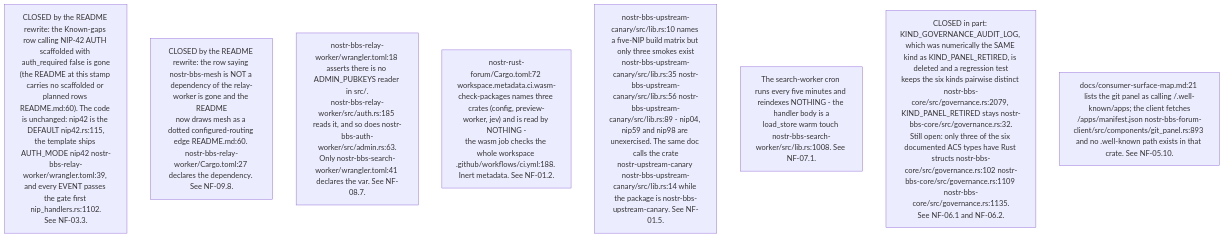
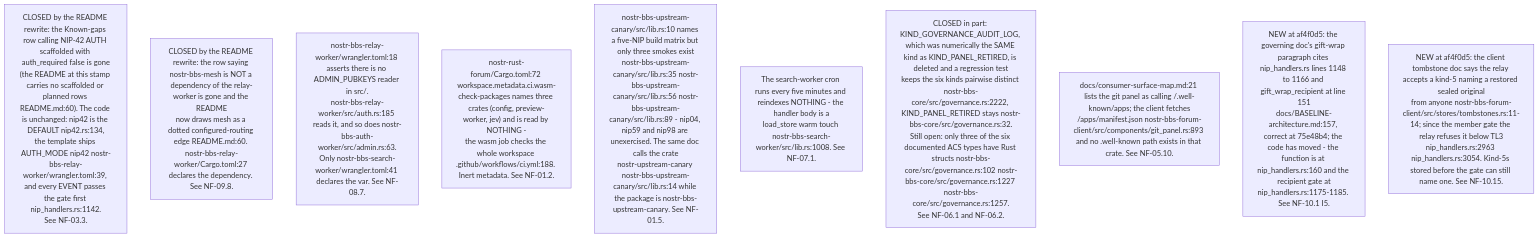
Before and after one commit to DreamLab-AI/VisionFlow: the fifth of 13 diagrams in docs/diagrams/nostr-rust-forum/10-invariants-and-anomaly-register.md, drawn with Mermaid. The commit also changed other lines of this file, not shown here.

First line of the commit message:
docs(diagrams): NF-10 register re-verified at nostr-rust-forum af4f0d5

````diff
--- a/docs/diagrams/nostr-rust-forum/10-invariants-and-anomaly-register.md
+++ b/docs/diagrams/nostr-rust-forum/10-invariants-and-anomaly-register.md
@@ -142,11 +164,13 @@
 ```mermaid
 flowchart TB
-    DD1["CLOSED by the README rewrite: the Known-gaps row calling NIP-42 AUTH scaffolded with auth_required false is gone<br/>(the README at this stamp carries no scaffolded or planned rows README.md:60). The code is unchanged: nip42 is the DEFAULT nip42.rs:115,<br/>the template ships AUTH_MODE nip42 nostr-bbs-relay-worker/wrangler.toml:39, and every EVENT passes the gate first nip_handlers.rs:1102.<br/>See NF-03.3."]
+    DD1["CLOSED by the README rewrite: the Known-gaps row calling NIP-42 AUTH scaffolded with auth_required false is gone<br/>(the README at this stamp carries no scaffolded or planned rows README.md:60). The code is unchanged: nip42 is the DEFAULT nip42.rs:134,<br/>the template ships AUTH_MODE nip42 nostr-bbs-relay-worker/wrangler.toml:39, and every EVENT passes the gate first nip_handlers.rs:1142.<br/>See NF-03.3."]
     DD2["CLOSED by the README rewrite: the row saying nostr-bbs-mesh is NOT a dependency of the relay-worker is gone and the README<br/>now draws mesh as a dotted configured-routing edge README.md:60. nostr-bbs-relay-worker/Cargo.toml:27 declares the dependency. See NF-09.8."]
     DD3["nostr-bbs-relay-worker/wrangler.toml:18 asserts there is no ADMIN_PUBKEYS reader in src/.<br/>nostr-bbs-relay-worker/src/auth.rs:185 reads it, and so does nostr-bbs-auth-worker/src/admin.rs:63.<br/>Only nostr-bbs-search-worker/wrangler.toml:41 declares the var. See NF-08.7."]
     DD4["nostr-rust-forum/Cargo.toml:72 workspace.metadata.ci.wasm-check-packages names three crates (config, preview-worker, jev) and is read by NOTHING -<br/>the wasm job checks the whole workspace .github/workflows/ci.yml:188. Inert metadata. See NF-01.2."]
     DD5["nostr-bbs-upstream-canary/src/lib.rs:10 names a five-NIP build matrix but only three smokes exist<br/>nostr-bbs-upstream-canary/src/lib.rs:35 nostr-bbs-upstream-canary/src/lib.rs:56 nostr-bbs-upstream-canary/src/lib.rs:89 - nip04, nip59 and nip98 are unexercised. The same doc calls the crate<br/>nostr-upstream-canary nostr-bbs-upstream-canary/src/lib.rs:14 while the package is nostr-bbs-upstream-canary. See NF-01.5."]
     DD6["The search-worker cron runs every five minutes and reindexes NOTHING - the handler body is a<br/>load_store warm touch nostr-bbs-search-worker/src/lib.rs:1008. See NF-07.1."]
-    DD7["CLOSED in part: KIND_GOVERNANCE_AUDIT_LOG, which was numerically the SAME kind as KIND_PANEL_RETIRED, is deleted and a regression test<br/>keeps the six kinds pairwise distinct nostr-bbs-core/src/governance.rs:2079, KIND_PANEL_RETIRED stays nostr-bbs-core/src/governance.rs:32.<br/>Still open: only three of the six documented ACS types have Rust structs nostr-bbs-core/src/governance.rs:102 nostr-bbs-core/src/governance.rs:1109 nostr-bbs-core/src/governance.rs:1135.<br/>See NF-06.1 and NF-06.2."]
+    DD7["CLOSED in part: KIND_GOVERNANCE_AUDIT_LOG, which was numerically the SAME kind as KIND_PANEL_RETIRED, is deleted and a regression test<br/>keeps the six kinds pairwise distinct nostr-bbs-core/src/governance.rs:2222, KIND_PANEL_RETIRED stays nostr-bbs-core/src/governance.rs:32.<br/>Still open: only three of the six documented ACS types have Rust structs nostr-bbs-core/src/governance.rs:102 nostr-bbs-core/src/governance.rs:1227 nostr-bbs-core/src/governance.rs:1257.<br/>See NF-06.1 and NF-06.2."]
     DD8["docs/consumer-surface-map.md:21 lists the git panel as calling /.well-known/apps; the client fetches<br/>/apps/manifest.json nostr-bbs-forum-client/src/components/git_panel.rs:893 and no .well-known path exists in that crate. See NF-05.10."]
+    DD9["NEW at af4f0d5: the governing doc's gift-wrap paragraph cites nip_handlers.rs lines 1148 to 1166 and gift_wrap_recipient at line 151<br/>docs/BASELINE-architecture.md:157, correct at 75e48b4; the code has moved - the function is at nip_handlers.rs:160 and the recipient gate at<br/>nip_handlers.rs:1175-1185. See NF-10.1 I5."]
+    DD10["NEW at af4f0d5: the client tombstone doc says the relay accepts a kind-5 naming a restored sealed original<br/>from anyone nostr-bbs-forum-client/src/stores/tombstones.rs:11-14; since the member gate the relay refuses it below TL3<br/>nip_handlers.rs:2963 nip_handlers.rs:3054. Kind-5s stored before the gate can still name one. See NF-10.15."]
 ```
````
